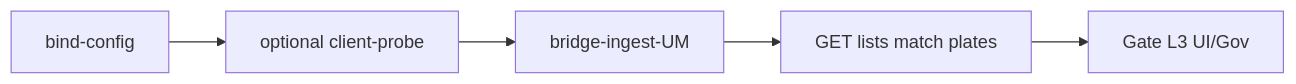
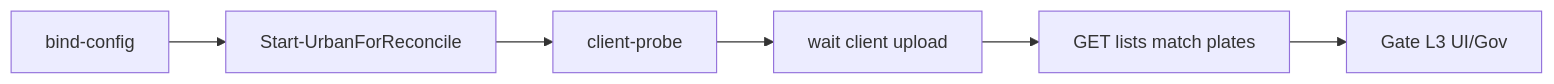
One commit to feewillowherb/MaterialMonospec changed the diagram in pipelines/graphs/urban/urban-passage-um-reconcile/pipeline.md. Above: the diagram before and after it, drawn with Mermaid. The commit also changed other lines of this file and 18 other files, not shown here.

First line of the commit message:
feat(openspec): squash update-urban-passage-client-upload-reconcile into main

````diff
--- a/pipelines/graphs/urban/urban-passage-um-reconcile/pipeline.md
+++ b/pipelines/graphs/urban/urban-passage-um-reconcile/pipeline.md
@@ -128,9 +124,10 @@
 ```mermaid
 flowchart LR
   BindN[bind-config]
-  ClientN[optional client-probe]
-  BridgeN[bridge-ingest-UM]
+  StartN[Start-UrbanForReconcile]
+  ProbeN[client-probe]
+  UploadN[wait client upload]
   ReconcileN[GET lists match plates]
   GateN[Gate L3 UI/Gov]
-  BindN --> ClientN --> BridgeN --> ReconcileN --> GateN
+  BindN --> StartN --> ProbeN --> UploadN --> ReconcileN --> GateN
 ```
````
